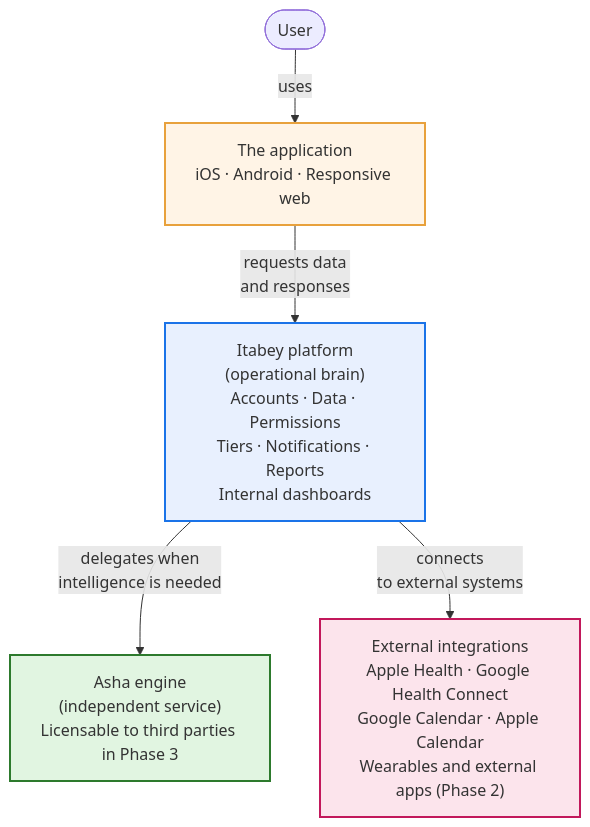
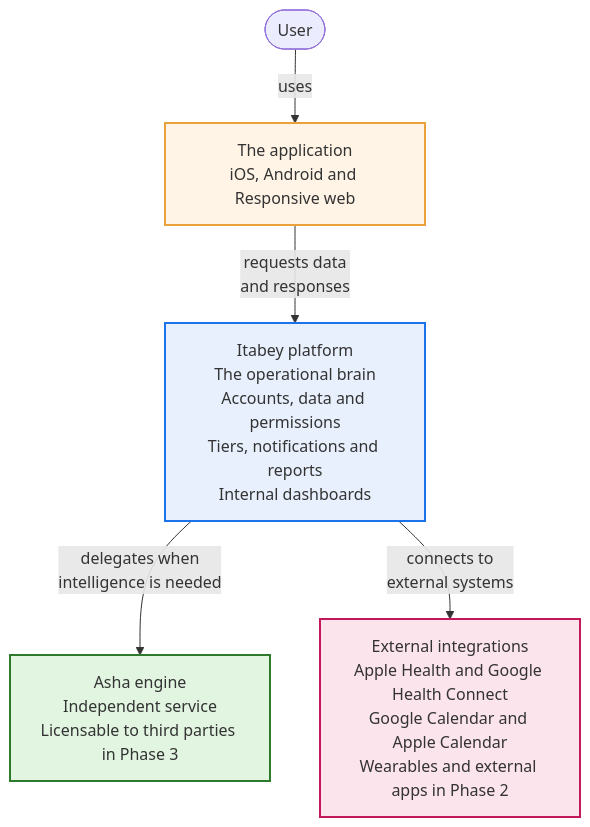
The first of 2 diagrams in docs/delivery/arquitectura-resumen-ejecutivo-en.md (asantolaria/Itabey), drawn with Mermaid before and after one commit. The commit also changed other lines of this file and 3 other files, not shown here.

````diff
--- a/docs/delivery/arquitectura-resumen-ejecutivo-en.md
+++ b/docs/delivery/arquitectura-resumen-ejecutivo-en.md
@@ -28,12 +28,12 @@
 ```mermaid
 flowchart TB
-    User(["User"]) -->|uses| App["The application<br/>iOS · Android · Responsive web"]
-    App -->|requests data<br/>and responses| Platform["Itabey platform<br/>(operational brain)<br/>Accounts · Data · Permissions<br/>Tiers · Notifications · Reports<br/>Internal dashboards"]
-    Platform -->|delegates when<br/>intelligence is needed| Asha["Asha engine<br/>(independent service)<br/>Licensable to third parties in Phase 3"]
-    Platform -->|connects<br/>to external systems| External["External integrations<br/>Apple Health · Google Health Connect<br/>Google Calendar · Apple Calendar<br/>Wearables and external apps (Phase 2)"]
+    User(["User"]) -->|uses| App["The application<br/>iOS, Android and Responsive web"]
+    App -->|requests data<br/>and responses| Platform["Itabey platform<br/>The operational brain<br/>Accounts, data and permissions<br/>Tiers, notifications and reports<br/>Internal dashboards"]
+    Platform -->|delegates when<br/>intelligence is needed| Asha["Asha engine<br/>Independent service<br/>Licensable to third parties in Phase 3"]
+    Platform -->|connects to<br/>external systems| External["External integrations<br/>Apple Health and Google Health Connect<br/>Google Calendar and Apple Calendar<br/>Wearables and external apps in Phase 2"]
 
     style Asha fill:#e1f5e1,stroke:#2d7a2d,stroke-width:2px
     style Platform fill:#e8f0fe,stroke:#1a73e8,stroke-width:2px
     style App fill:#fff4e6,stroke:#e8a13c,stroke-width:2px
     style External fill:#fce4ec,stroke:#c2185b,stroke-width:2px
 ```
````
